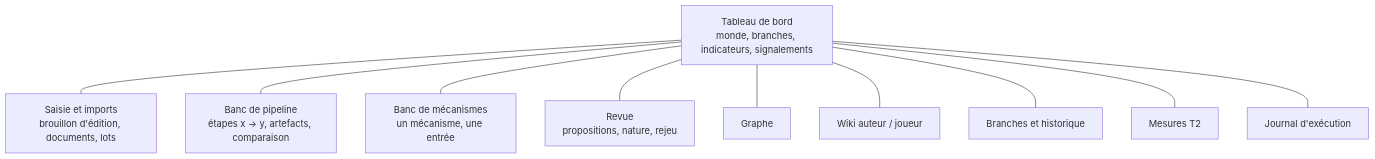
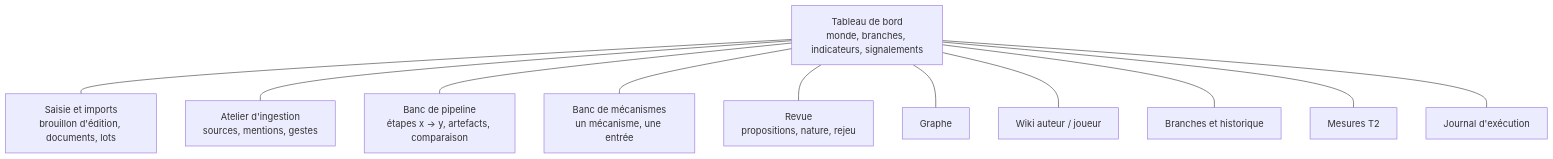
Before and after one commit to ltimsit/WorldKit: the second of 3 diagrams in docs/cadre-interface.md, drawn with Mermaid. The commit also changed other lines of this file and 7 other files, not shown here.

````diff
--- a/docs/cadre-interface.md
+++ b/docs/cadre-interface.md
@@ -106,15 +106,16 @@
 ```mermaid
 flowchart TB
   TB["Tableau de bord<br/>monde, branches, indicateurs, signalements"]
   IN["Saisie et imports<br/>brouillon d'édition, documents, lots"]
   PB["Banc de pipeline<br/>étapes x → y, artefacts, comparaison"]
   MB["Banc de mécanismes<br/>un mécanisme, une entrée"]
   RV["Revue<br/>propositions, nature, rejeu"]
   GR["Graphe"]
   WK["Wiki auteur / joueur"]
   BR["Branches et historique"]
   ME["Mesures T2"]
   TR["Journal d'exécution"]
-  TB --- IN & PB & MB & RV
+  AT["Atelier d'ingestion<br/>sources, mentions, gestes"]
+  TB --- IN & AT & PB & MB & RV
   TB --- GR & WK & BR & ME & TR
 ```
````
